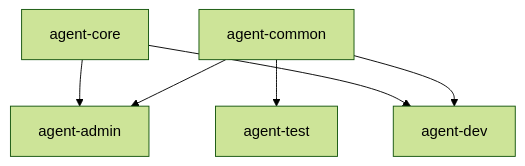
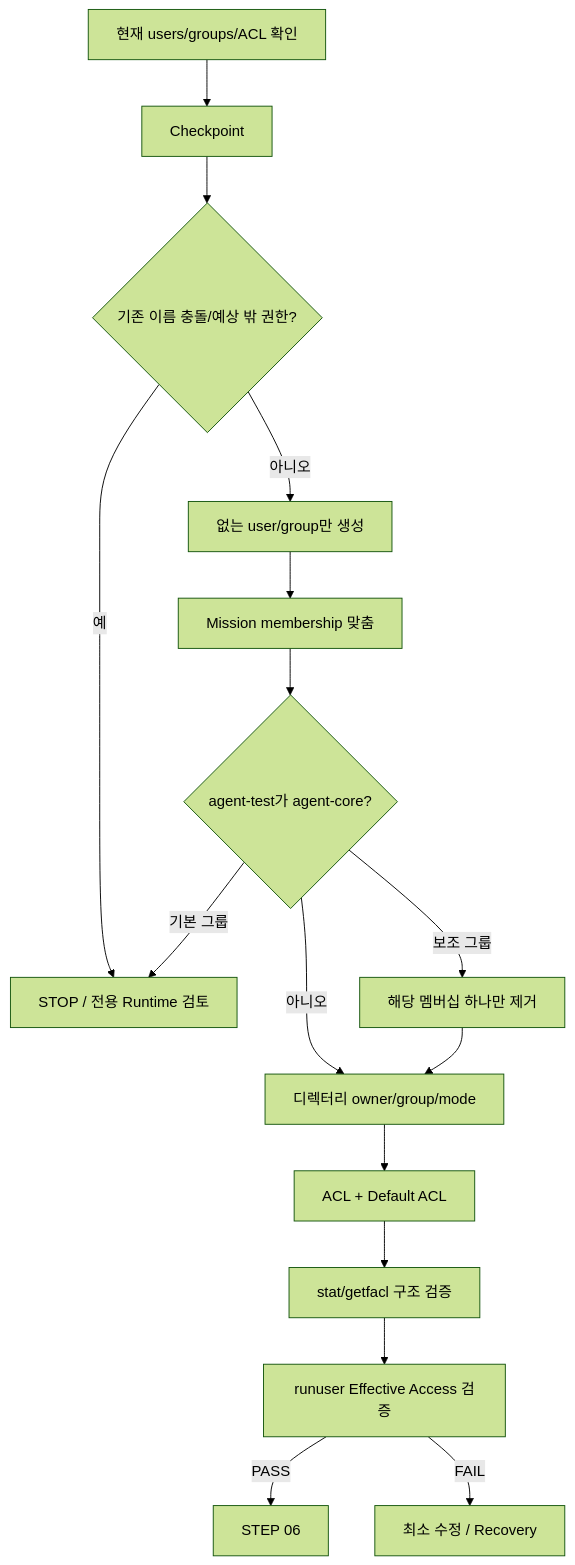
The fifth of 12 diagrams in training/round-01-clear/BEGINNER-GUIDE.md (MetaStudy999/codyssey-basic-b1-1-system-monitor), drawn with Mermaid (forest theme) before and after one commit. The commit also changed other lines of this file, not shown here.

Commit message:
docs: harden B1-1 STEP 05 identity and ACL recovery

````diff
--- a/training/round-01-clear/BEGINNER-GUIDE.md
+++ b/training/round-01-clear/BEGINNER-GUIDE.md
@@ -1353,8 +1373,18 @@
 ```mermaid
 flowchart TD
-    C[agent-common] --> A[agent-admin]
-    C --> D[agent-dev]
-    C --> T[agent-test]
-    K[agent-core] --> A
-    K --> D
+    A[현재 users/groups/ACL 확인] --> B[Checkpoint]
+    B --> C{기존 이름 충돌/예상 밖 권한?}
+    C -->|예| X[STOP / 전용 Runtime 검토]
+    C -->|아니오| D[없는 user/group만 생성]
+    D --> E[Mission membership 맞춤]
+    E --> F{agent-test가 agent-core?}
+    F -->|보조 그룹| G[해당 멤버십 하나만 제거]
+    F -->|기본 그룹| X
+    F -->|아니오| H[디렉터리 owner/group/mode]
+    G --> H
+    H --> I[ACL + Default ACL]
+    I --> J[stat/getfacl 구조 검증]
+    J --> K[runuser Effective Access 검증]
+    K -->|PASS| L[STEP 06]
+    K -->|FAIL| M[최소 수정 / Recovery]
 ```
````
